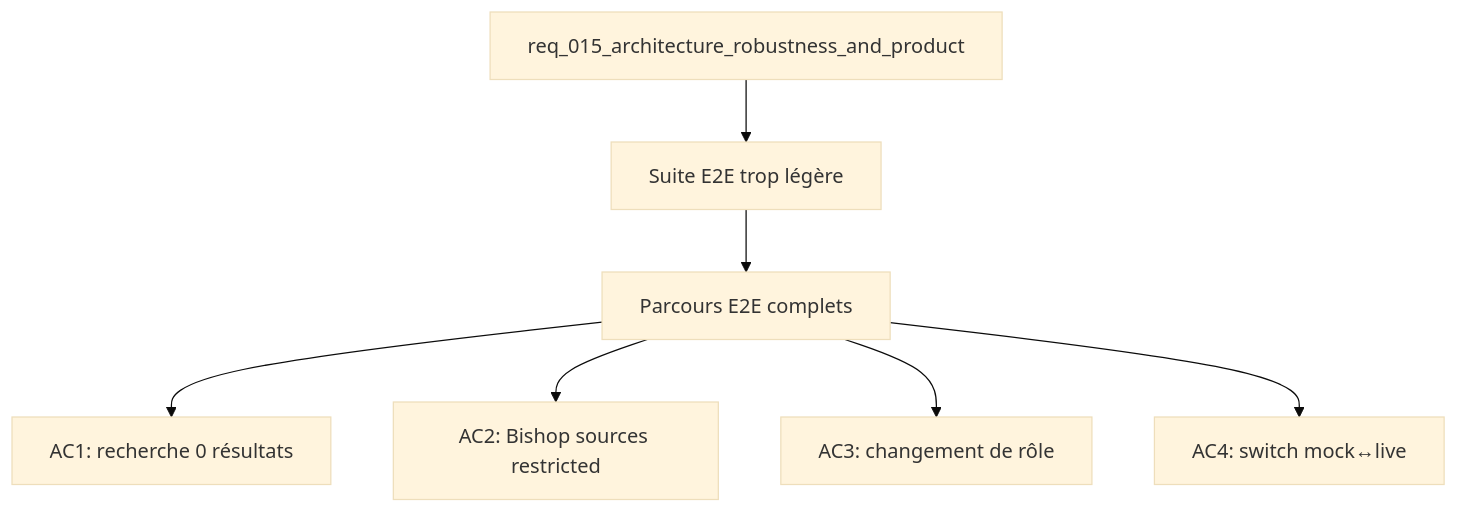
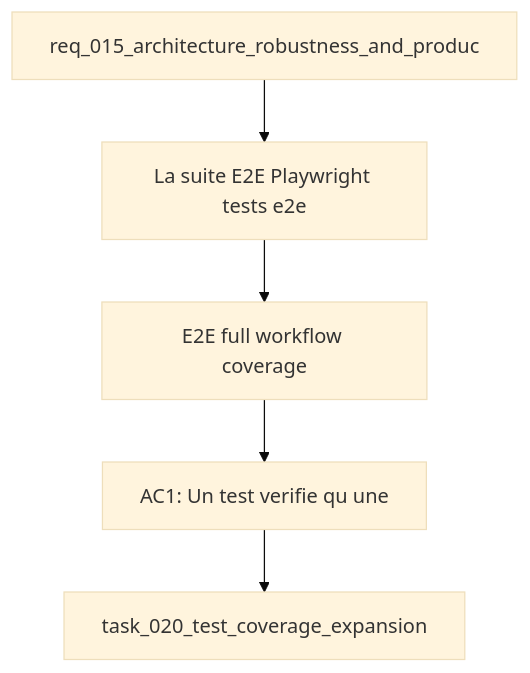
One commit to AlexAgo83/deepvault changed the diagram in logics/backlog/item_050_e2e_full_workflow_coverage.md. Above: the diagram before and after it, drawn with Mermaid (base theme). The commit also changed 57 other files, not shown here.

````diff
--- a/logics/backlog/item_050_e2e_full_workflow_coverage.md
+++ b/logics/backlog/item_050_e2e_full_workflow_coverage.md
@@ -21,11 +21,9 @@
 ```mermaid
 %% logics-kind: backlog
 %% logics-signature: backlog|e2e-full-workflow-coverage|req-015-architecture-robustness-and-prod|la-suite-e2e-playwright-tests-e2e|ac1-un-test-verifie-qu-une
 flowchart TD
-    Request[req_015_architecture_robustness_and_product] --> Problem[Suite E2E trop légère]
-    Problem --> Scope[Parcours E2E complets]
-    Scope --> AC1[AC1: recherche 0 résultats]
-    Scope --> AC2[AC2: Bishop sources restricted]
-    Scope --> AC3[AC3: changement de rôle]
-    Scope --> AC4[AC4: switch mock↔live]
+    Request[req_015_architecture_robustness_and_produc] --> Problem[La suite E2E Playwright tests e2e]
+    Problem --> Scope[E2E full workflow coverage]
+    Scope --> Acceptance[AC1: Un test verifie qu une]
+    Acceptance --> Tasks[task_020_test_coverage_expansion]
 ```
````
